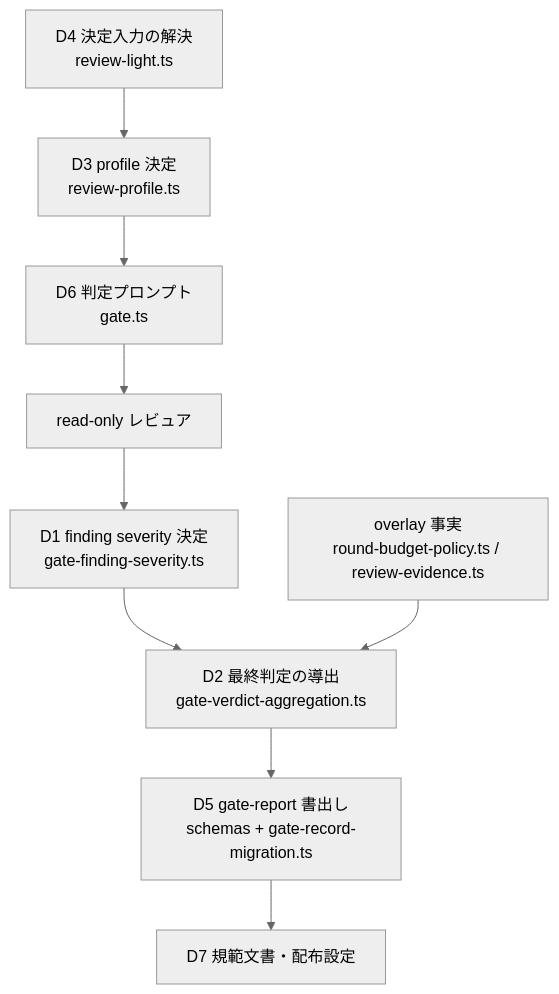
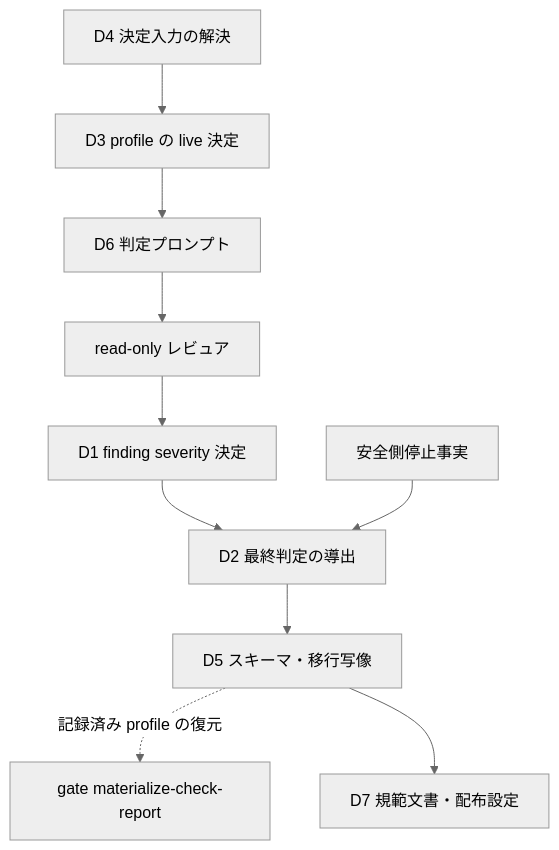
Before and after one commit to techbeansjp-free/AGENTS.md: the first of 2 diagrams in DESIGN.md, drawn with Mermaid (neutral theme). The commit also changed other lines of this file and 2 other files, not shown here.

First line of the commit message:
design(ISSUE-808): risk 由来 profile 経路を全数割当し安全側停止事実を単一規則へ統合する

````diff
--- a/DESIGN.md
+++ b/DESIGN.md
@@ -82,11 +64,12 @@
 ```mermaid
 graph TD
-  D4[D4 決定入力の解決<br/>review-light.ts] --> D3[D3 profile 決定<br/>review-profile.ts]
-  D3 --> D6[D6 判定プロンプト<br/>gate.ts]
+  D4[D4 決定入力の解決] --> D3[D3 profile の live 決定]
+  D3 --> D6[D6 判定プロンプト]
   D6 --> R[read-only レビュア]
-  R --> D1[D1 finding severity 決定<br/>gate-finding-severity.ts]
-  D1 --> D2[D2 最終判定の導出<br/>gate-verdict-aggregation.ts]
-  OV[overlay 事実<br/>round-budget-policy.ts / review-evidence.ts] --> D2
-  D2 --> D5[D5 gate-report 書出し<br/>schemas + gate-record-migration.ts]
+  R --> D1[D1 finding severity 決定]
+  D1 --> D2[D2 最終判定の導出]
+  SS[安全側停止事実] --> D2
+  D2 --> D5[D5 スキーマ・移行写像]
+  D5 -.記録済み profile の復元.-> MC[gate materialize-check-report]
   D5 --> D7[D7 規範文書・配布設定]
 ```
````
